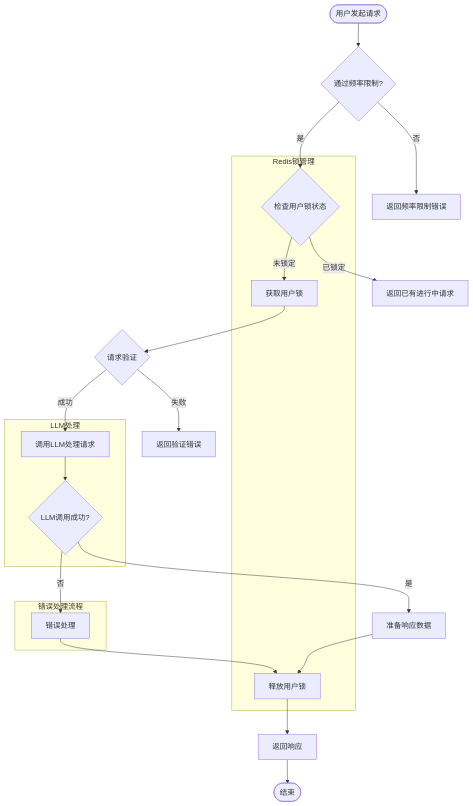
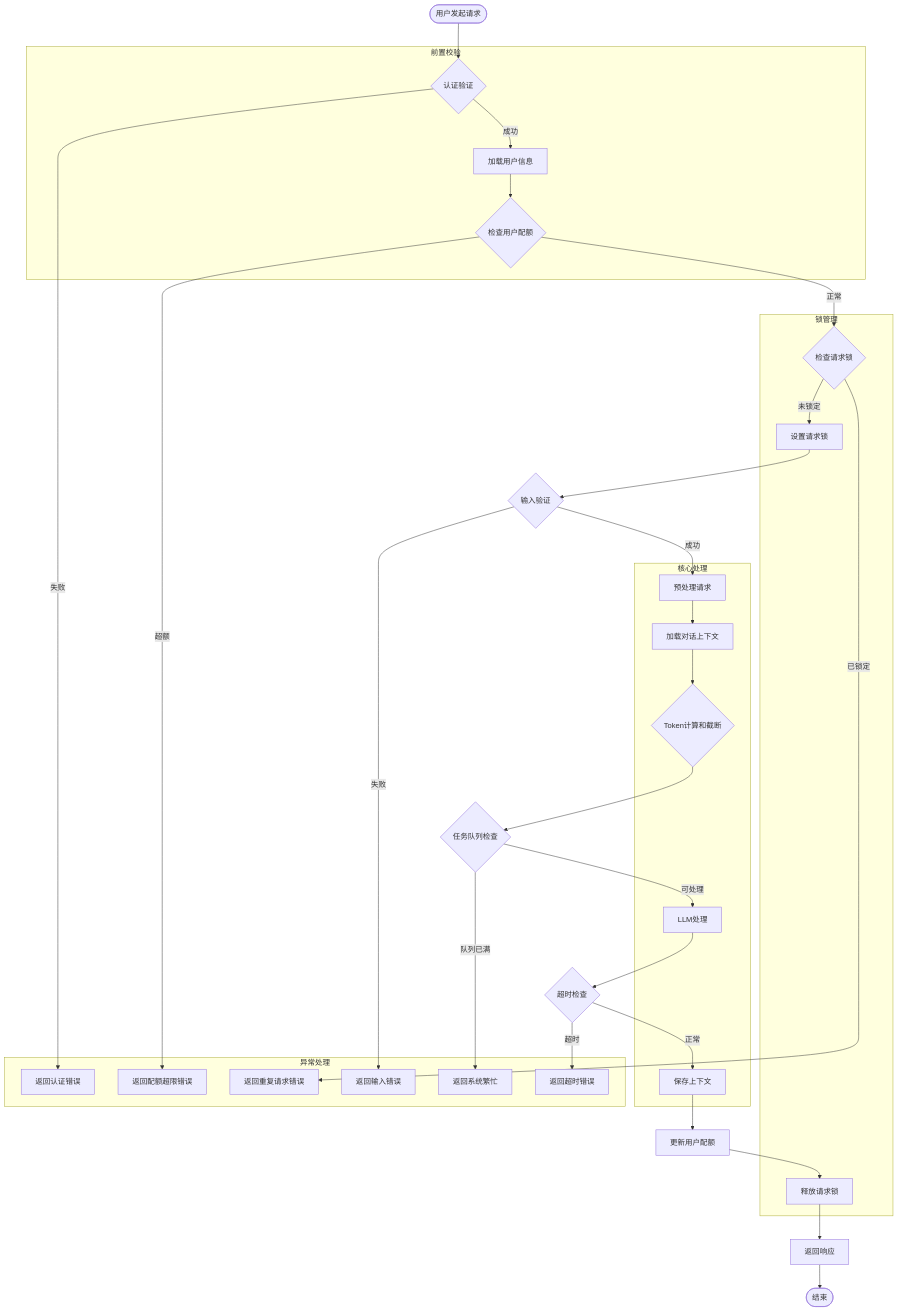
Before and after one commit to yingjianzh/iodraw-files: the diagram in all/chat单用户但请求-15.md, drawn with Mermaid.

Commit message:
2025-01-02 16:37:49 update

````diff
--- a/all/chat单用户但请求-15.md
+++ b/all/chat单用户但请求-15.md
@@ -1,38 +1,62 @@
 ```mermaid
 flowchart TD
-    Start([用户发起请求]) --> RateLimit{通过频率限制?}
-    RateLimit -- 否 --> RateError[返回频率限制错误]
-    RateLimit -- 是 --> CheckLock{检查用户锁状态}
+    Start([用户发起请求]) --> Auth{认证验证}
+    Auth -- 失败 --> AuthError[返回认证错误]
+    Auth -- 成功 --> LoadUser[加载用户信息]
     
-    CheckLock -- 已锁定 --> LockError[返回已有进行中请求]
-    CheckLock -- 未锁定 --> AcquireLock[获取用户锁]
+    LoadUser --> CheckQuota{检查用户配额}
+    CheckQuota -- 超额 --> QuotaError[返回配额超限错误]
+    CheckQuota -- 正常 --> CheckReqLock{检查请求锁}
     
-    AcquireLock --> ValidateReq{请求验证}
-    ValidateReq -- 失败 --> ValidationError[返回验证错误]
-    ValidateReq -- 成功 --> ProcessLLM[调用LLM处理请求]
+    CheckReqLock -- 已锁定 --> ReqLockedError[返回重复请求错误]
+    CheckReqLock -- 未锁定 --> SetReqLock[设置请求锁]
     
-    ProcessLLM --> LLMSuccess{LLM调用成功?}
-    LLMSuccess -- 否 --> HandleError[错误处理]
-    LLMSuccess -- 是 --> PrepareResponse[准备响应数据]
+    SetReqLock --> ValidateInput{输入验证}
+    ValidateInput -- 失败 --> InputError[返回输入错误]
+    ValidateInput -- 成功 --> PreProcess[预处理请求]
     
-    HandleError --> ReleaseLock[释放用户锁]
-    PrepareResponse --> ReleaseLock
+    PreProcess --> LoadContext[加载对话上下文]
+    LoadContext --> TokenCheck{Token计算和截断}
+    TokenCheck --> Queue{任务队列检查}
     
-    ReleaseLock --> SendResponse[返回响应]
-    SendResponse --> End([结束])
+    Queue -- 队列已满 --> QueueError[返回系统繁忙]
+    Queue -- 可处理 --> ProcessLLM[LLM处理]
     
-    subgraph 错误处理流程
-        HandleError
+    ProcessLLM --> Timeout{超时检查}
+    Timeout -- 超时 --> TimeoutError[返回超时错误]
+    Timeout -- 正常 --> SaveContext[保存上下文]
+    
+    SaveContext --> UpdateQuota[更新用户配额]
+    UpdateQuota --> ReleaseReqLock[释放请求锁]
+    ReleaseReqLock --> Response[返回响应]
+    Response --> End([结束])
+    
+    subgraph 前置校验
+        Auth
+        LoadUser
+        CheckQuota
     end
     
-    subgraph Redis锁管理
-        CheckLock
-        AcquireLock
-        ReleaseLock
+    subgraph 锁管理
+        CheckReqLock
+        SetReqLock
+        ReleaseReqLock
     end
     
-    subgraph LLM处理
+    subgraph 核心处理
+        PreProcess
+        LoadContext
+        TokenCheck
         ProcessLLM
-        LLMSuccess
+        SaveContext
+    end
+    
+    subgraph 异常处理
+        AuthError
+        QuotaError
+        ReqLockedError
+        InputError
+        QueueError
+        TimeoutError
     end
 ```
````
